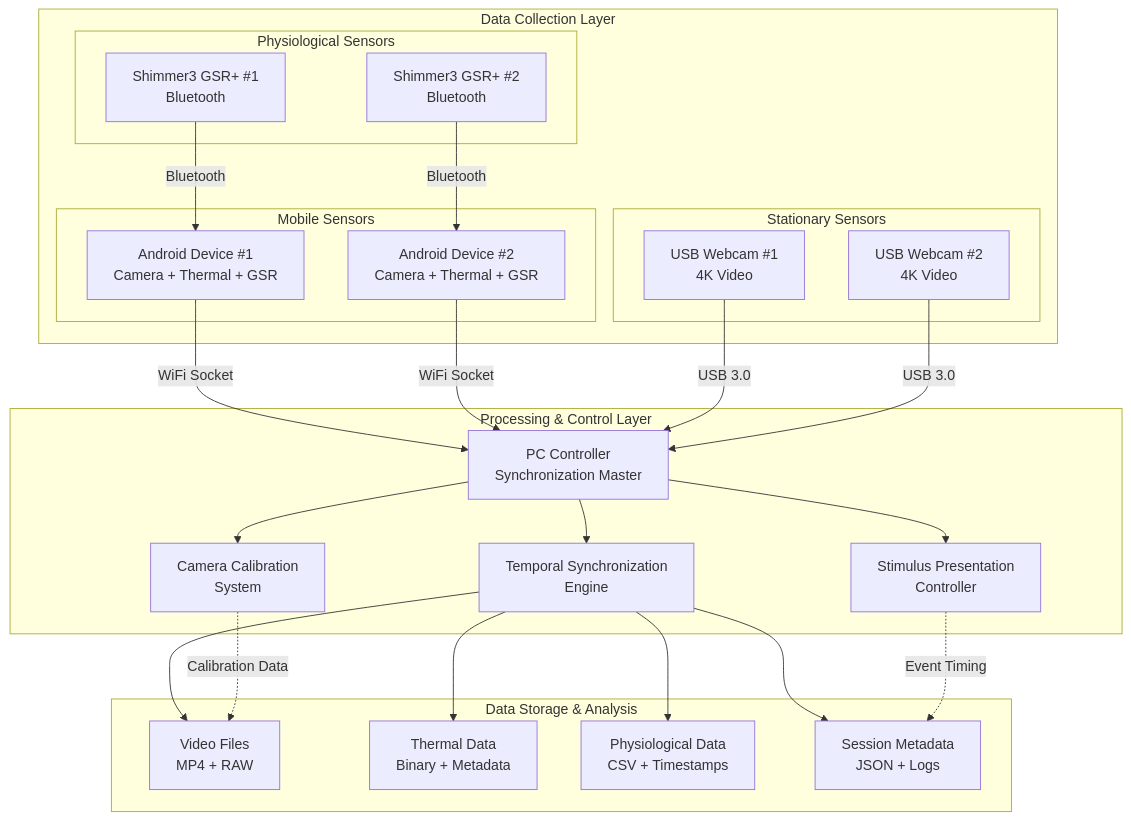
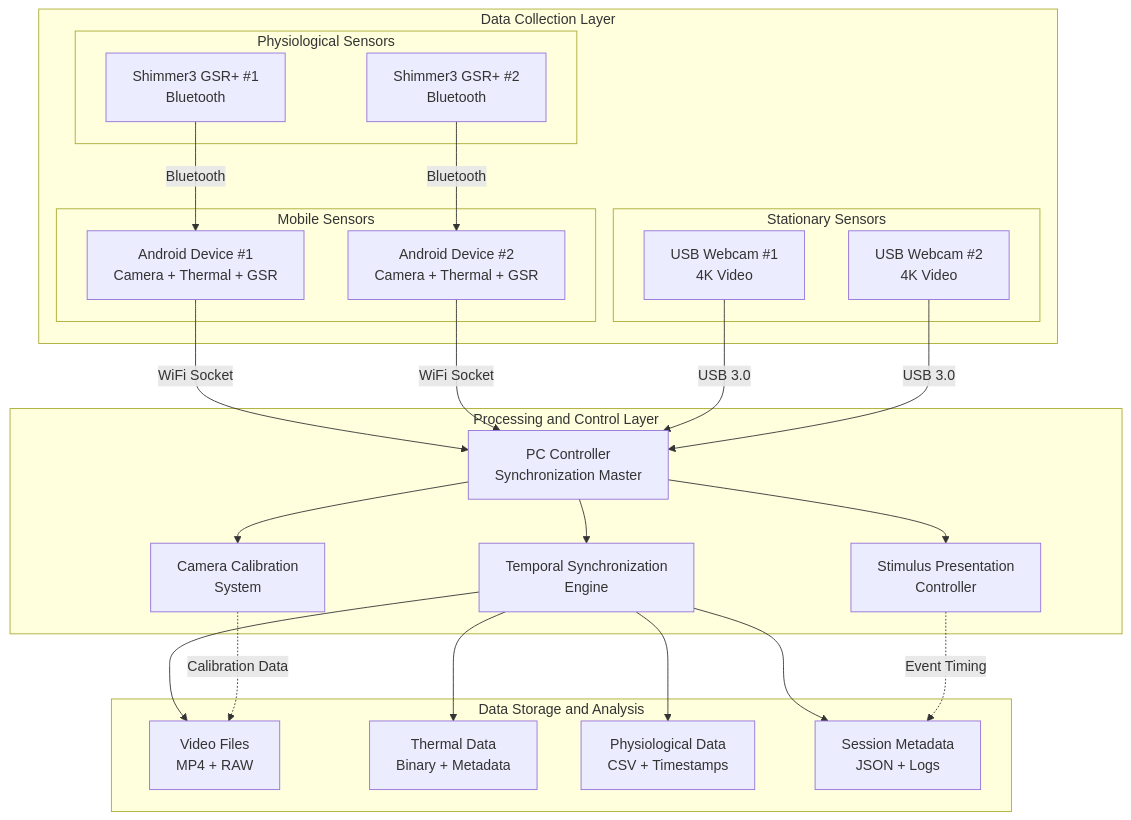
The first of 8 diagrams in README.md (buccancs/fyp-multi-sensor-recording-system), drawn with Mermaid before and after one commit. The commit also changed other lines of this file and 2 other files, not shown here.

Commit message:
Complete replacement of & with and in MERMAID diagrams and README files

````diff
--- a/README.md
+++ b/README.md
@@ -246,52 +246,52 @@
 ```mermaid
 graph TB
     subgraph "Data Collection Layer"
         subgraph "Mobile Sensors"
             A1[Android Device #1<br/>Camera + Thermal + GSR]
             A2[Android Device #2<br/>Camera + Thermal + GSR]
         end
         
         subgraph "Stationary Sensors"
             W1[USB Webcam #1<br/>4K Video]
             W2[USB Webcam #2<br/>4K Video]
         end
         
         subgraph "Physiological Sensors"
             S1[Shimmer3 GSR+ #1<br/>Bluetooth]
             S2[Shimmer3 GSR+ #2<br/>Bluetooth]
         end
     end
     
-    subgraph "Processing & Control Layer"
+    subgraph "Processing and Control Layer"
         PC[PC Controller<br/>Synchronization Master]
         SYNC[Temporal Synchronization<br/>Engine]
         CAL[Camera Calibration<br/>System]
         STIM[Stimulus Presentation<br/>Controller]
     end
     
-    subgraph "Data Storage & Analysis"
+    subgraph "Data Storage and Analysis"
         VID[Video Files<br/>MP4 + RAW]
         THER[Thermal Data<br/>Binary + Metadata]
         GSR[Physiological Data<br/>CSV + Timestamps]
         META[Session Metadata<br/>JSON + Logs]
     end
     
     A1 -->|WiFi Socket| PC
     A2 -->|WiFi Socket| PC
     S1 -->|Bluetooth| A1
     S2 -->|Bluetooth| A2
     W1 -->|USB 3.0| PC
     W2 -->|USB 3.0| PC
     
     PC --> SYNC
     PC --> CAL
     PC --> STIM
     
     SYNC --> VID
     SYNC --> THER
     SYNC --> GSR
     SYNC --> META
     
     CAL -.->|Calibration Data| VID
     STIM -.->|Event Timing| META
 ```
````
